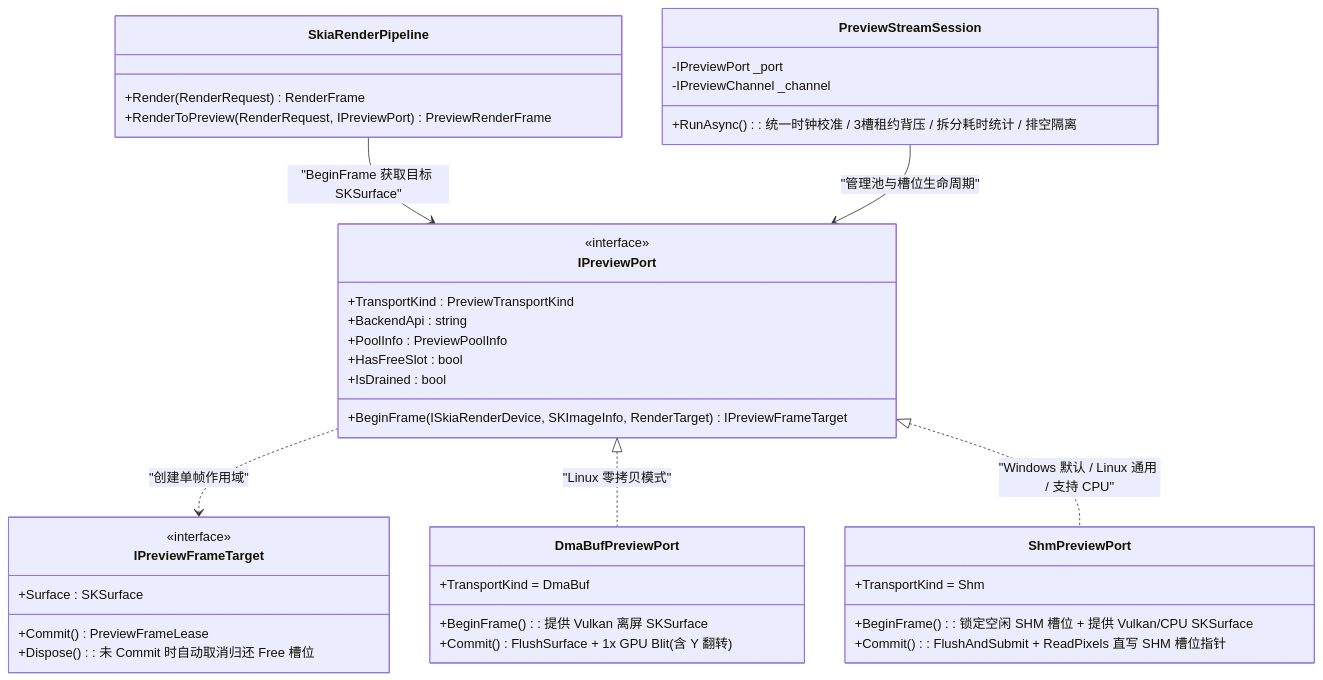
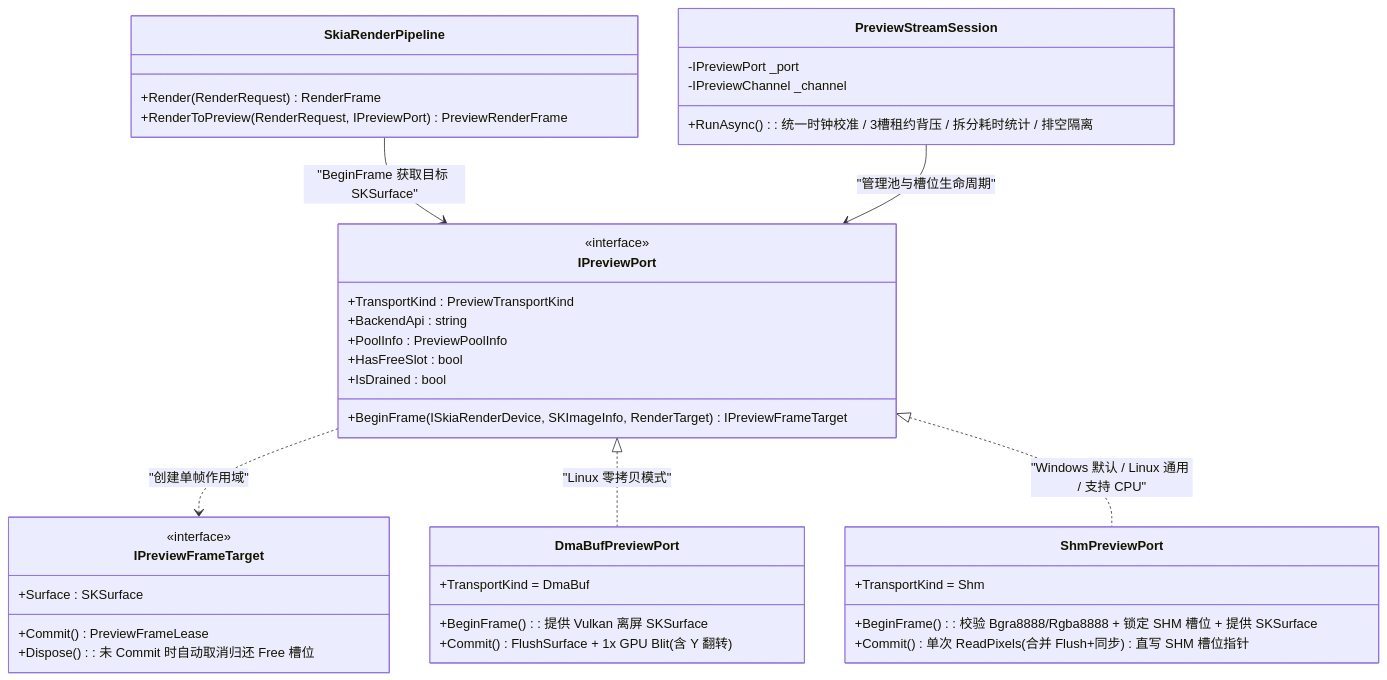
The first of 3 diagrams in docs/plans/cross-platform-adaptation-plan.md (Zydr114/MakoKaraGenerator-App), drawn with Mermaid before and after one commit. The commit also changed other lines of this file, not shown here.

````diff
--- a/docs/plans/cross-platform-adaptation-plan.md
+++ b/docs/plans/cross-platform-adaptation-plan.md
@@ -107,43 +152,43 @@
 ```mermaid
 classDiagram
     class SkiaRenderPipeline {
         +Render(RenderRequest) RenderFrame
         +RenderToPreview(RenderRequest, IPreviewPort) PreviewRenderFrame
     }
     class IPreviewPort {
         <<interface>>
         +TransportKind : PreviewTransportKind
         +BackendApi : string
         +PoolInfo : PreviewPoolInfo
         +HasFreeSlot : bool
         +IsDrained : bool
         +BeginFrame(ISkiaRenderDevice, SKImageInfo, RenderTarget) IPreviewFrameTarget
     }
     class IPreviewFrameTarget {
         <<interface>>
         +Surface : SKSurface
         +Commit() PreviewFrameLease
         +Dispose() : 未 Commit 时自动取消归还 Free 槽位
     }
     class DmaBufPreviewPort {
         +TransportKind = DmaBuf
         +BeginFrame() : 提供 Vulkan 离屏 SKSurface
         +Commit() : FlushSurface + 1x GPU Blit (含 Y 翻转)
     }
     class ShmPreviewPort {
         +TransportKind = Shm
-        +BeginFrame() : 锁定空闲 SHM 槽位 + 提供 Vulkan/CPU SKSurface
-        +Commit() : FlushAndSubmit + ReadPixels 直写 SHM 槽位指针
+        +BeginFrame() : 校验 Bgra8888/Rgba8888 + 锁定 SHM 槽位 + 提供 SKSurface
+        +Commit() : 单次 ReadPixels (合并 Flush+同步) 直写 SHM 槽位指针
     }
     class PreviewStreamSession {
         -IPreviewPort _port
         -IPreviewChannel _channel
         +RunAsync() : 统一时钟校准 / 3槽租约背压 / 拆分耗时统计 / 排空隔离
     }
 
     SkiaRenderPipeline --> IPreviewPort : "BeginFrame 获取目标 SKSurface"
     IPreviewPort ..> IPreviewFrameTarget : "创建单帧作用域"
     IPreviewPort <|.. DmaBufPreviewPort : "Linux 零拷贝模式"
     IPreviewPort <|.. ShmPreviewPort : "Windows 默认 / Linux 通用 / 支持 CPU"
     PreviewStreamSession --> IPreviewPort : "管理池与槽位生命周期"
 ```
````
